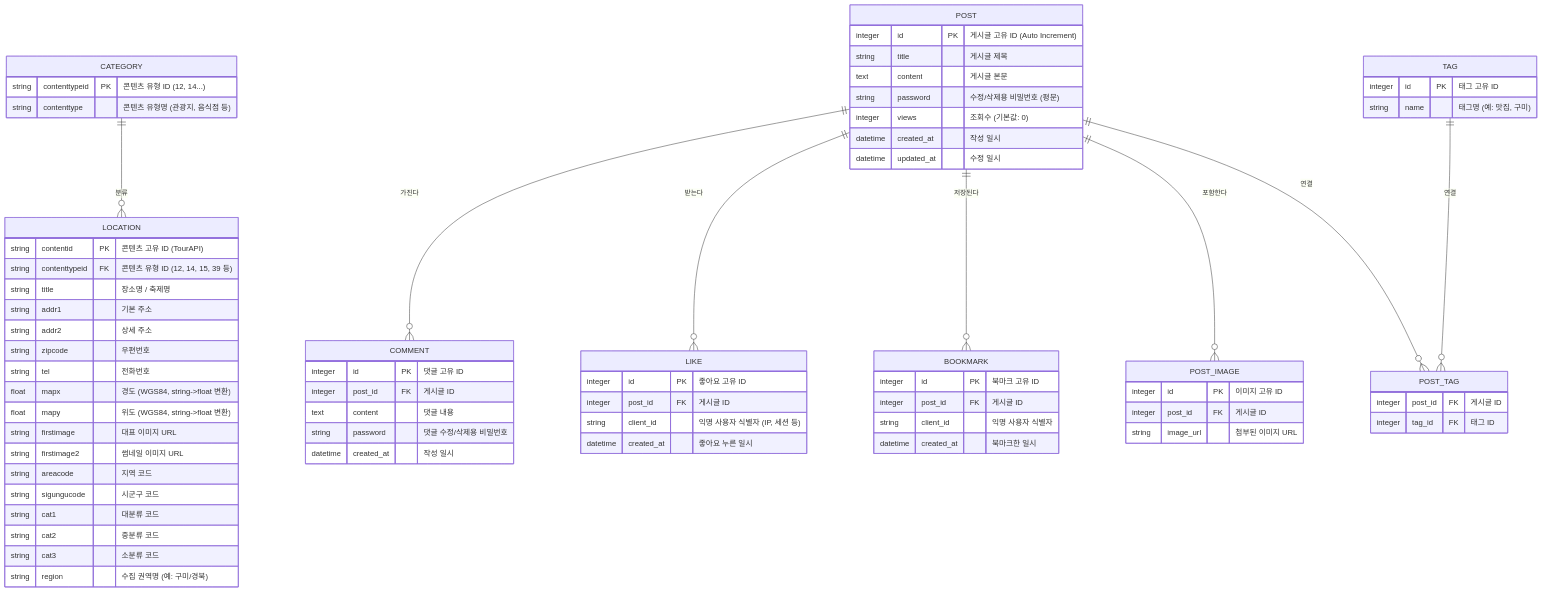
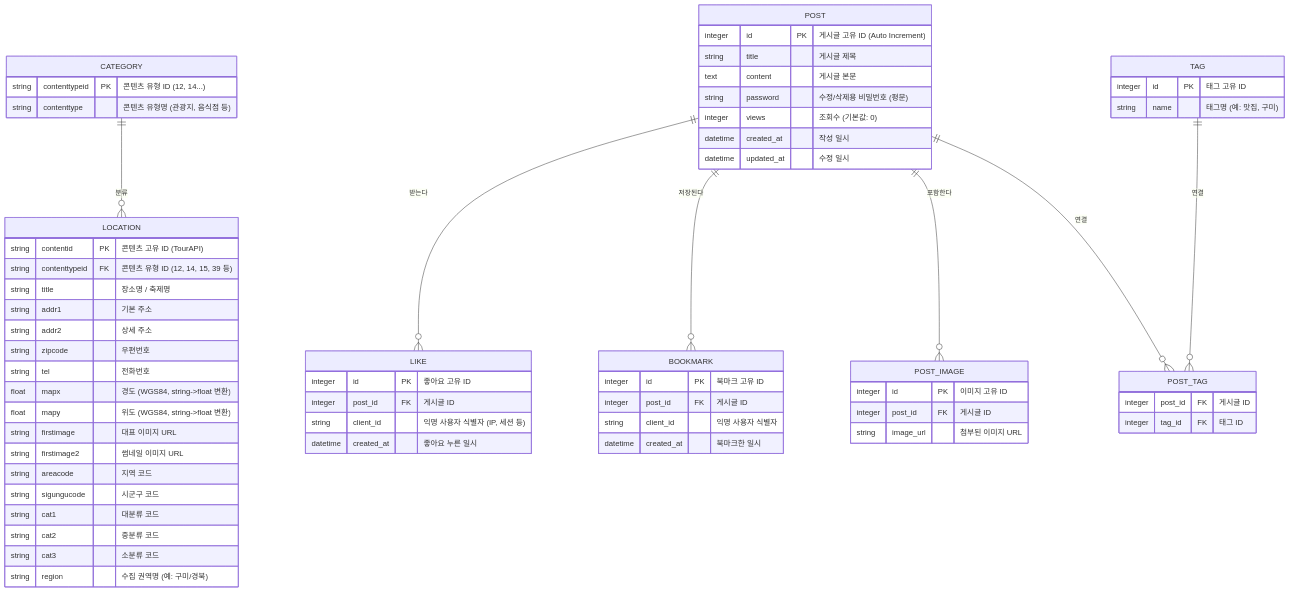
One commit to ryusemin/LocalHub changed the diagram in docs/ERD.md. Above: the diagram before and after it, drawn with Mermaid.

Commit message:
docs: COMMENT 테이블 삭제

```diff
--- a/docs/ERD.md
+++ b/docs/ERD.md
@@ -39,15 +39,6 @@
         integer views "조회수 (기본값: 0)"
         datetime created_at "작성 일시"
         datetime updated_at "수정 일시"
-    }
-
-    %% 댓글 (요구사항에 명시적으로 없으나 일반적인 커뮤니티 구조를 위해 추가 가능, 필요시 제외)
-    COMMENT {
-        integer id PK "댓글 고유 ID"
-        integer post_id FK "게시글 ID"
-        text content "댓글 내용"
-        string password "댓글 수정/삭제용 비밀번호"
-        datetime created_at "작성 일시"
     }
 
     %% ==========================================
@@ -94,7 +85,6 @@
     CATEGORY ||--o{ LOCATION : "분류"
     
     %% 커뮤니티 관계
-    POST ||--o{ COMMENT : "가진다"
     POST ||--o{ LIKE : "받는다"
     POST ||--o{ BOOKMARK : "저장된다"
     POST ||--o{ POST_IMAGE : "포함한다"
```
